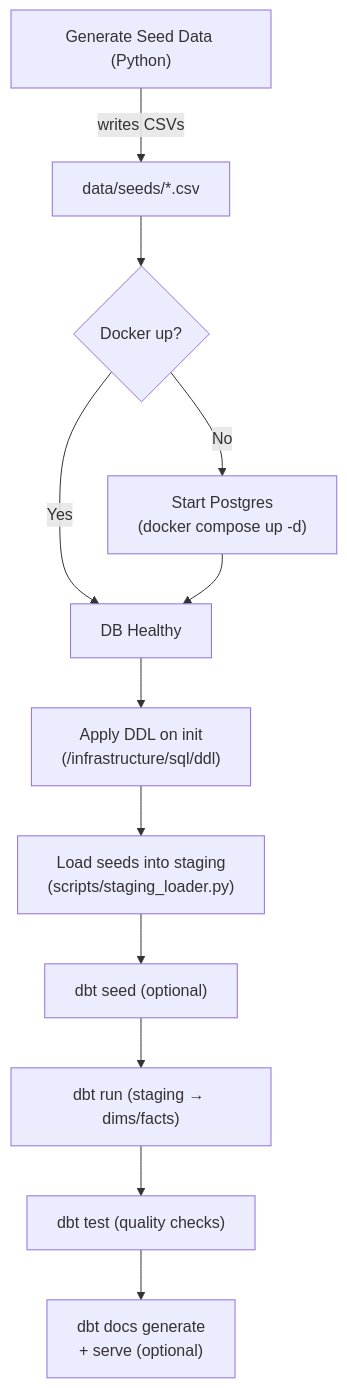
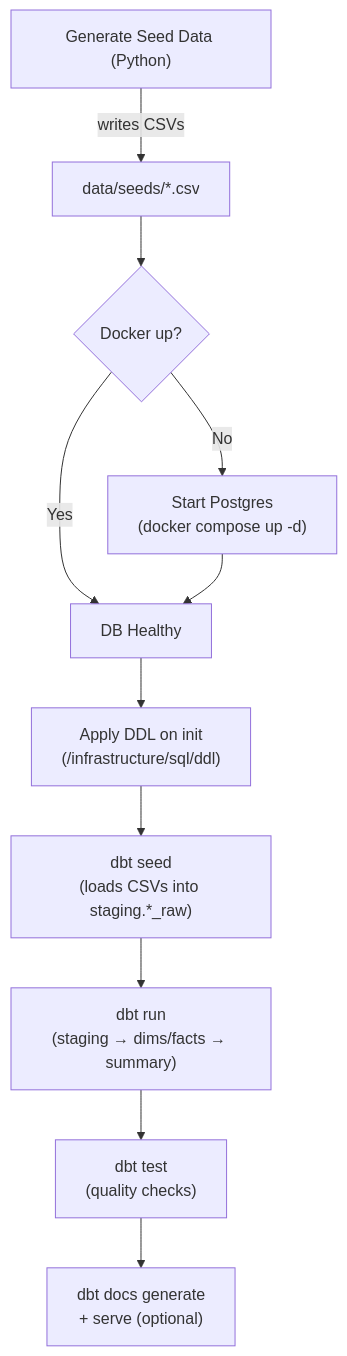
One commit to garthmortensen/aca_health changed the fourth of 4 diagrams in README.md. Above: the diagram before and after it, drawn with Mermaid. The commit also changed other lines of this file and 35 other files, not shown here.

Commit message:
feat(loading): transition from using python loader to using dbt loader via sql dedupe logic

````diff
--- a/README.md
+++ b/README.md
@@ -195,25 +216,20 @@
 ```mermaid
 flowchart TD
   A["Generate Seed Data (Python)"] -->|writes CSVs| B["data/seeds/*.csv"]
   click A href "scripts/generate_seed_data.py" _self
   click B href "data/seeds/" _self
 
   B --> C{"Docker up?"}
   C -- "No" --> D["Start Postgres\n(docker compose up -d)"]
   C -- "Yes" --> E["DB Healthy"]
   D --> E
   click D href "infrastructure/docker/docker-compose.yml" _self
 
   E --> F["Apply DDL on init\n(/infrastructure/sql/ddl)"]
   click F href "infrastructure/sql/ddl/01_staging_schema.sql" _self
 
-  F --> G["Load seeds into staging\n(scripts/staging_loader.py)"]
-  click G href "scripts/staging_loader.py" _self
-
-  G --> H["dbt seed (optional)"]
-  H --> I["dbt run (staging → dims/facts)"]
-  I --> J["dbt test (quality checks)"]
-  J --> K["dbt docs generate \n+ serve (optional)"]
-
-  
+  F --> G["dbt seed\n(loads CSVs into staging.*_raw)"]
+  G --> H["dbt run\n(staging → dims/facts → summary)"]
+  H --> I["dbt test\n(quality checks)"]
+  I --> J["dbt docs generate\n+ serve (optional)"]
 ```
````
